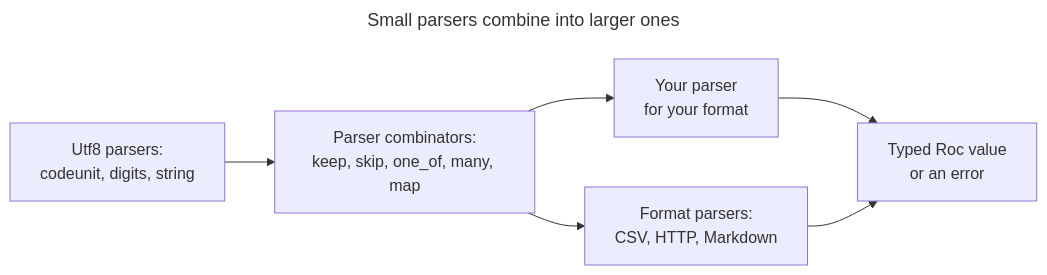
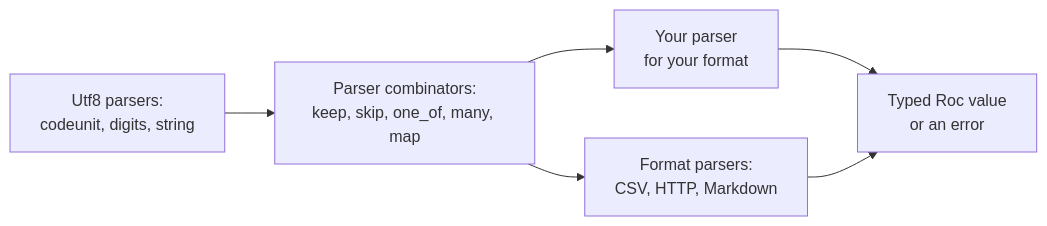
The diagram in docs/overview.adoc (lukewilliamboswell/roc-parser), drawn with Mermaid before and after one commit. The commit also changed other lines of this file and 10 other files, not shown here.

```diff
--- a/docs/overview.adoc
+++ b/docs/overview.adoc
@@ -133,12 +134,9 @@
 [mermaid]
 ....
----
-title: Small parsers combine into larger ones
----
 flowchart LR
     Pieces["Utf8 parsers:<br/>codeunit, digits, string"] --> Combine["Parser combinators:<br/>keep, skip, one_of, many, map"]
     Combine --> Yours["Your parser<br/>for your format"]
     Combine --> Formats["Format parsers:<br/>CSV, HTTP, Markdown"]
     Yours --> Value["Typed Roc value<br/>or an error"]
     Formats --> Value
 ....
```
